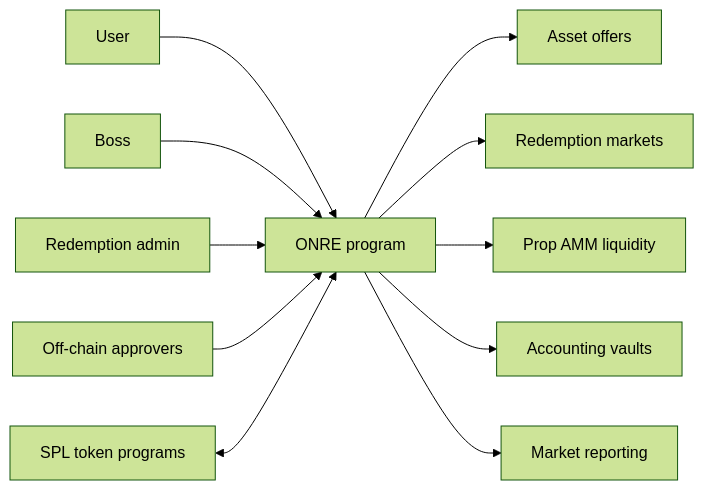
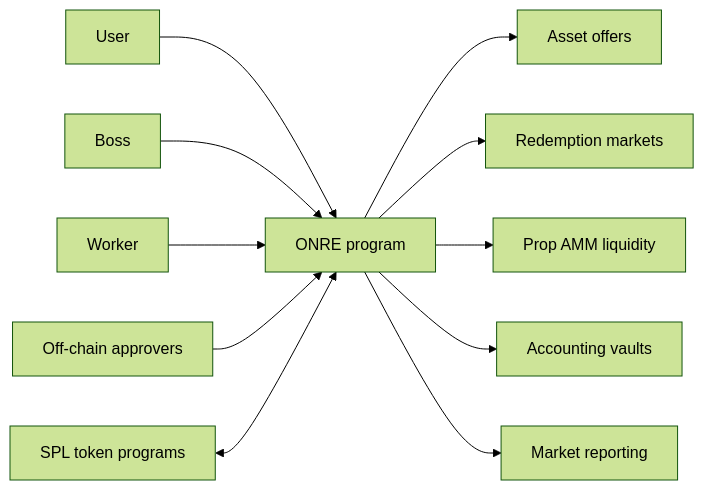
One commit to talllo/onre-sol-fuzz changed the first of 9 diagrams in docs/DOMAIN_MODEL.md. Above: the diagram before and after it, drawn with Mermaid (forest theme). The commit also changed other lines of this file and 47 other files, not shown here.

````diff
--- a/docs/DOMAIN_MODEL.md
+++ b/docs/DOMAIN_MODEL.md
@@ -51,14 +51,14 @@
 ```mermaid
 flowchart LR
     User[User] --> Protocol[ONRE program]
     Boss[Boss] --> Protocol
-    RedemptionAdmin[Redemption admin] --> Protocol
+    Worker[Worker] --> Protocol
     Approvers[Off-chain approvers] --> Protocol
     TokenPrograms[SPL token programs] <--> Protocol
 
     Protocol --> Offers[Asset offers]
     Protocol --> Redemptions[Redemption markets]
     Protocol --> PropAmm[Prop AMM liquidity]
     Protocol --> AccountingVaults[Accounting vaults]
     Protocol --> MarketStats[Market reporting]
 ```
````
